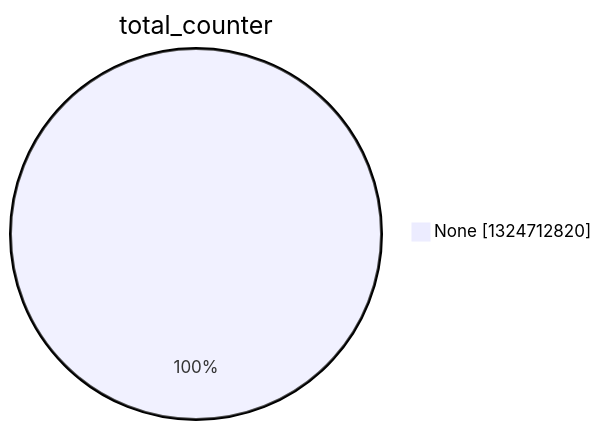
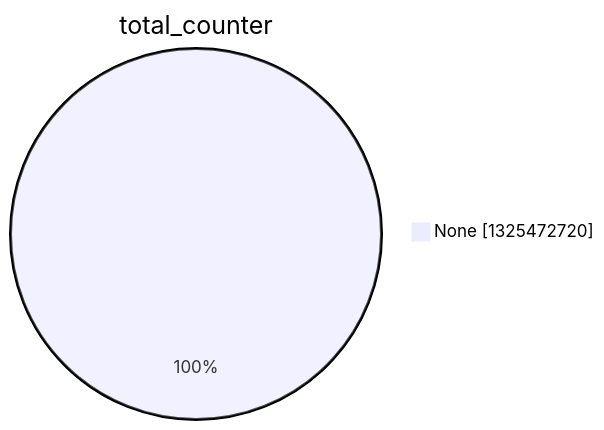
Before and after one commit to christiankrug/ctmonitor_visualization: the second of 15 diagrams in argon2022/README.md, drawn with Mermaid. The commit also changed other lines of this file, not shown here.

````diff
--- a/argon2022/README.md
+++ b/argon2022/README.md
@@ -9,5 +9,5 @@
 ```mermaid
 pie showData
 title total_counter
-"None" :1324712820
+"None" :1325472720
 ```
````
